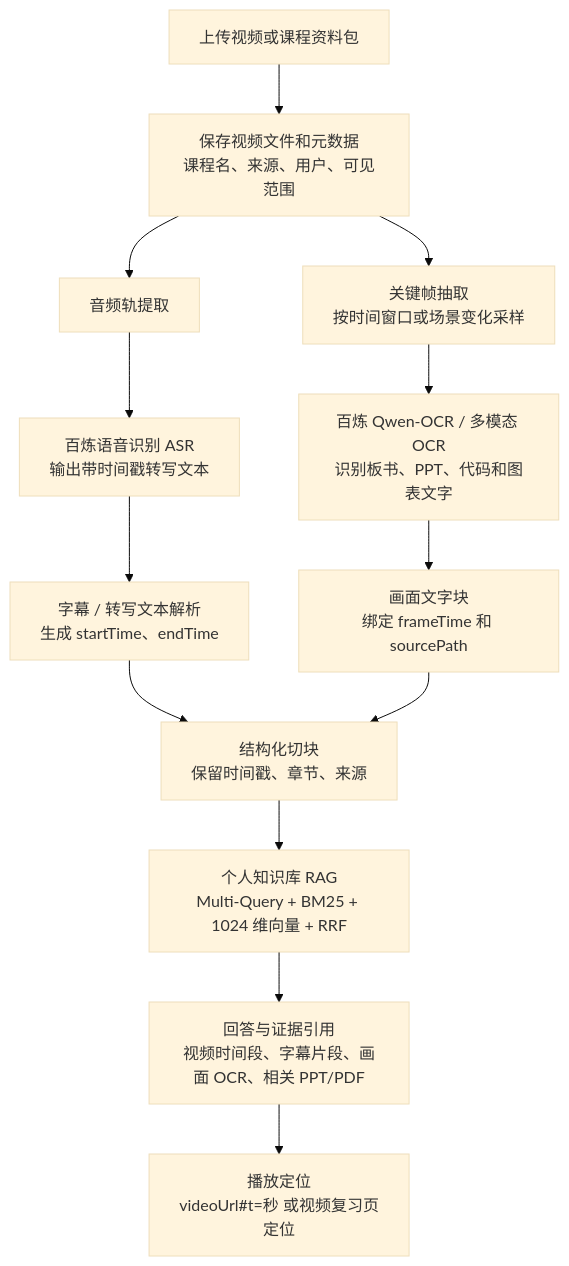
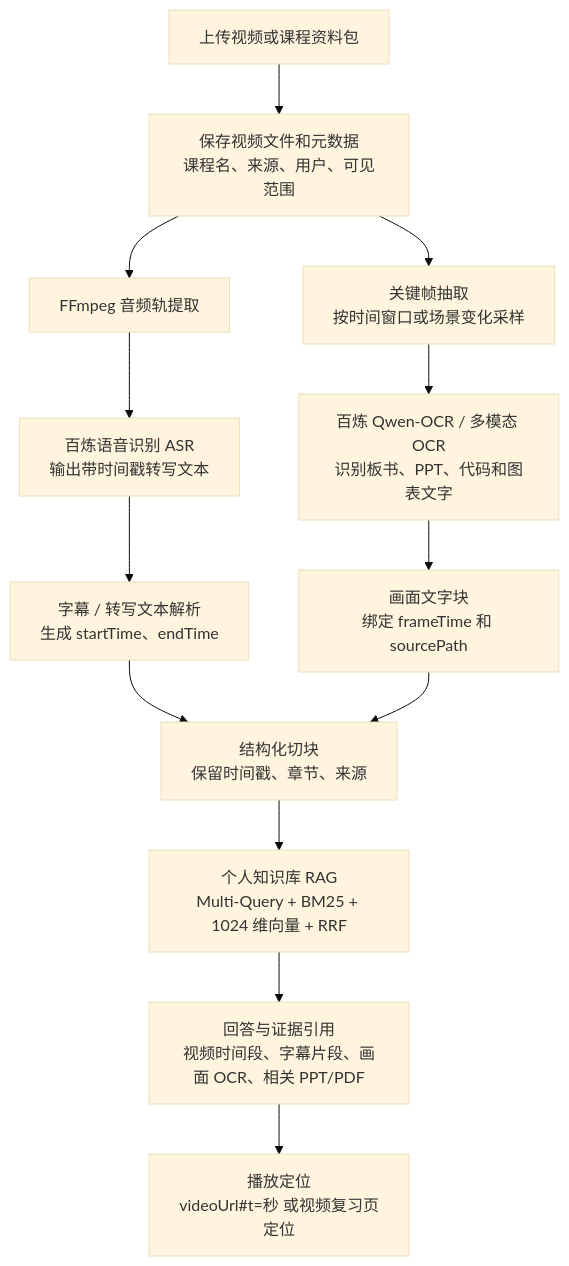
One commit to HeWhenJay/Multimodal-RAG-Agent-Learning-Evidence-Platform changed the second of 6 diagrams in README.md. Above: the diagram before and after it, drawn with Mermaid (base theme). The commit also changed other lines of this file and 33 other files, not shown here.

````diff
--- a/README.md
+++ b/README.md
@@ -43,15 +43,15 @@
 ```mermaid
 flowchart TD
     V0["上传视频或课程资料包"] --> V1["保存视频文件和元数据<br/>课程名、来源、用户、可见范围"]
-    V1 --> V2["音频轨提取"]
+    V1 --> V2["FFmpeg 音频轨提取"]
     V2 --> V3["百炼语音识别 ASR<br/>输出带时间戳转写文本"]
     V1 --> V4["关键帧抽取<br/>按时间窗口或场景变化采样"]
     V4 --> V5["百炼 Qwen-OCR / 多模态 OCR<br/>识别板书、PPT、代码和图表文字"]
     V3 --> V6["字幕 / 转写文本解析<br/>生成 startTime、endTime"]
     V5 --> V7["画面文字块<br/>绑定 frameTime 和 sourcePath"]
     V6 --> V8["结构化切块<br/>保留时间戳、章节、来源"]
     V7 --> V8
     V8 --> V9["个人知识库 RAG<br/>Multi-Query + BM25 + 1024 维向量 + RRF"]
     V9 --> V10["回答与证据引用<br/>视频时间段、字幕片段、画面 OCR、相关 PPT/PDF"]
     V10 --> V11["播放定位<br/>videoUrl#t=秒 或视频复习页定位"]
 ```
````
